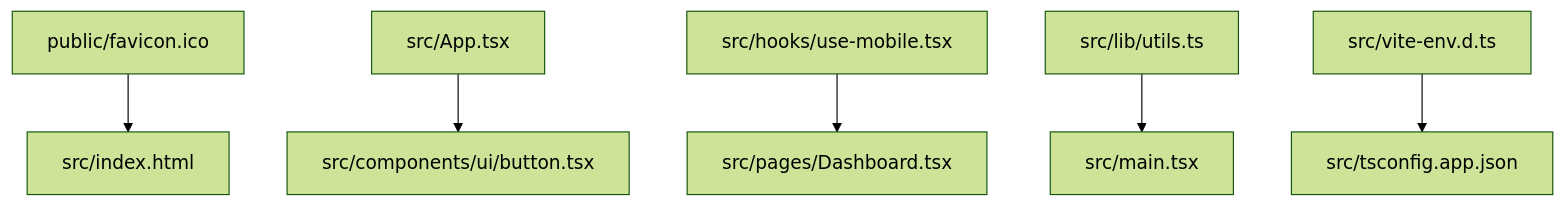
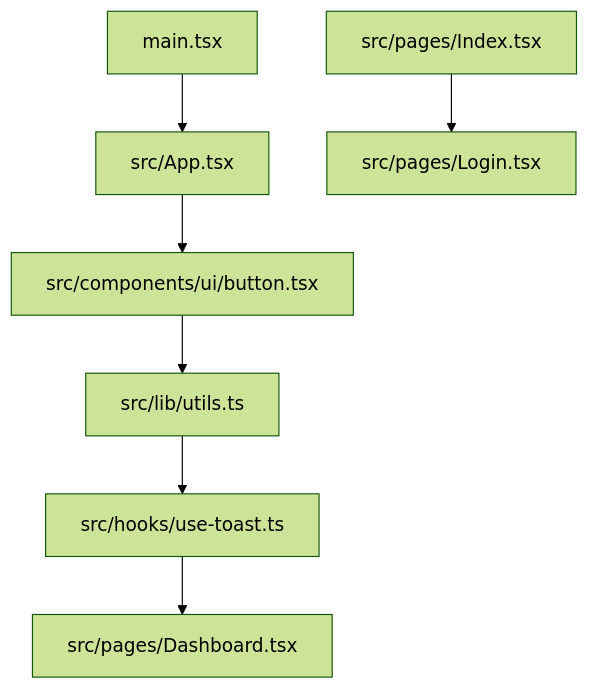
The diagram in DOCUMENTATION.md (jahnavi783/tasty-web-portal), drawn with Mermaid (forest theme) before and after one commit. The commit also changed other lines of this file, not shown here.

````diff
--- a/DOCUMENTATION.md
+++ b/DOCUMENTATION.md
@@ -48,8 +45,9 @@
 ```mermaid
 flowchart TD
-    A[public/favicon.ico] --> B[src/index.html]
-    C[src/App.tsx] --> D[src/components/ui/button.tsx]
-    E[src/hooks/use-mobile.tsx] --> F[src/pages/Dashboard.tsx]
-    G[src/lib/utils.ts] --> H[src/main.tsx]
-    I[src/vite-env.d.ts] --> J[src/tsconfig.app.json]
+    A[main.tsx] --> B[src/App.tsx]
+    B --> C[src/components/ui/button.tsx]
+    C --> D[src/lib/utils.ts]
+    D --> E[src/hooks/use-toast.ts]
+    E --> F[src/pages/Dashboard.tsx]
+    G[src/pages/Index.tsx] --> H[src/pages/Login.tsx]
 ```
````
